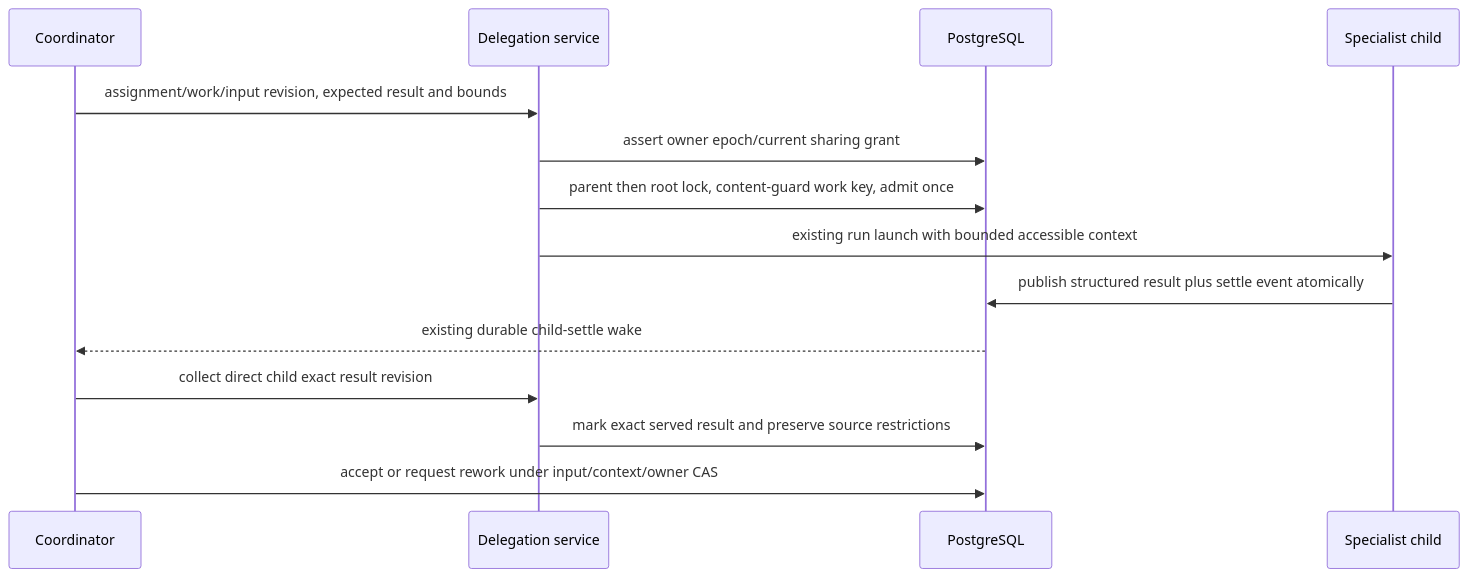
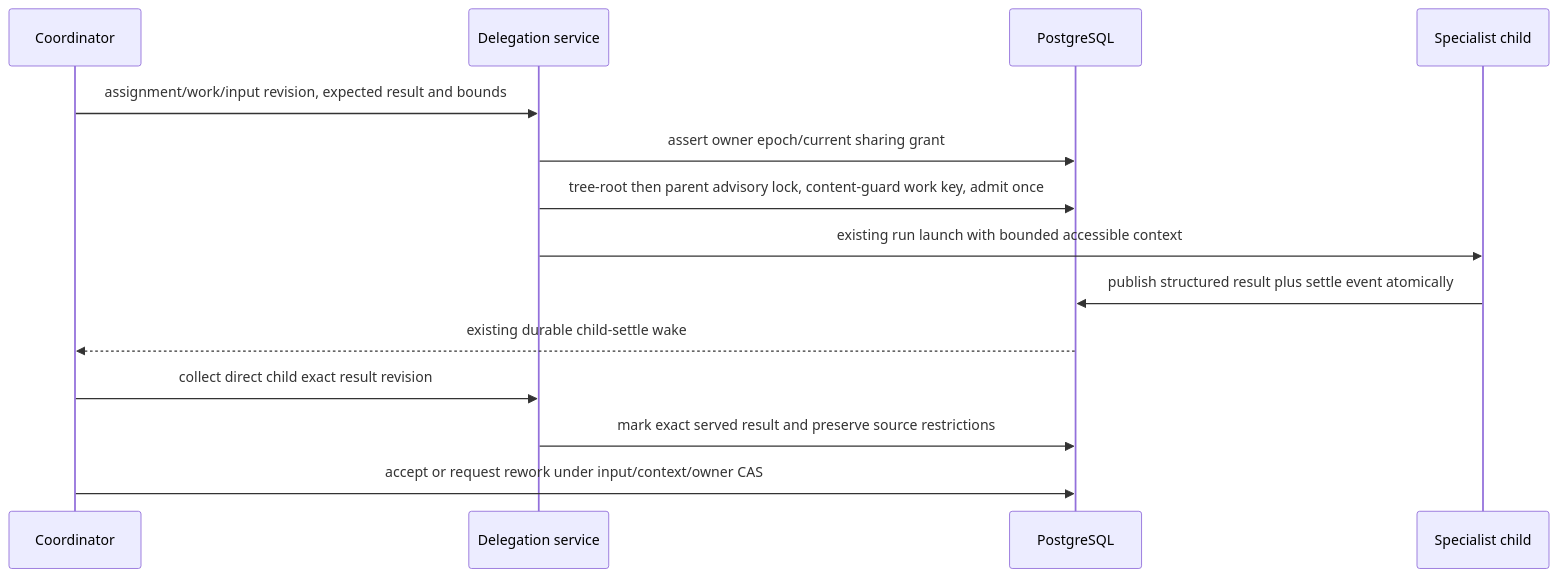
The second of 2 diagrams in docs/system-analytics/specialist-cooperation.md (maister-dev/maister), drawn with Mermaid before and after one commit. The commit also changed other lines of this file and 13 other files, not shown here.

Commit message:
fix(delegation): lock tree roots before nested parents

````diff
--- a/docs/system-analytics/specialist-cooperation.md
+++ b/docs/system-analytics/specialist-cooperation.md
@@ -41,16 +41,16 @@
 ```mermaid
 sequenceDiagram
     participant C as Coordinator
     participant S as Delegation service
     participant DB as PostgreSQL
     participant A as Specialist child
     C->>S: assignment/work/input revision, expected result and bounds
     S->>DB: assert owner epoch/current sharing grant
-    S->>DB: parent then root lock, content-guard work key, admit once
+    S->>DB: tree-root then parent advisory lock, content-guard work key, admit once
     S->>A: existing run launch with bounded accessible context
     A->>DB: publish structured result plus settle event atomically
     DB-->>C: existing durable child-settle wake
     C->>S: collect direct child exact result revision
     S->>DB: mark exact served result and preserve source restrictions
     C->>DB: accept or request rework under input/context/owner CAS
 ```
````
